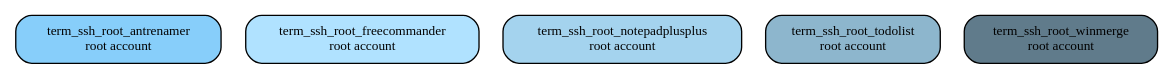
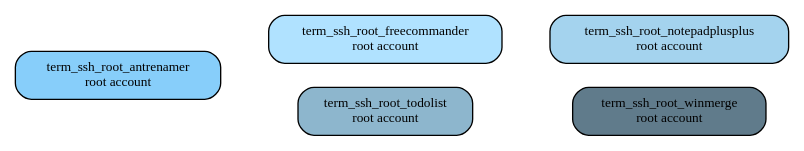
One commit to marchandd/docker_index changed the diagram in graph4.dot. Above: the diagram before and after it, drawn with Graphviz. The commit also changed 8 other files, not shown here.

```diff
--- a/graph4.dot
+++ b/graph4.dot
@@ -1,8 +1,12 @@
 digraph docker
 {
+ rankdir=LR;
  "term_ssh_root_antrenamer" [label="term_ssh_root_antrenamer\nroot account",shape=box,fillcolor="lightskyblue",style="filled,rounded", fontsize="10.0"];
  "term_ssh_root_freecommander" [label="term_ssh_root_freecommander\nroot account",shape=box,fillcolor="lightskyblue1",style="filled,rounded", fontsize="10.0"];
  "term_ssh_root_notepadplusplus" [label="term_ssh_root_notepadplusplus\nroot account",shape=box,fillcolor="lightskyblue2",style="filled,rounded", fontsize="10.0"];
  "term_ssh_root_todolist" [label="term_ssh_root_todolist\nroot account",shape=box,fillcolor="lightskyblue3",style="filled,rounded", fontsize="10.0"];
  "term_ssh_root_winmerge" [label="term_ssh_root_winmerge\nroot account",shape=box,fillcolor="lightskyblue4",style="filled,rounded", fontsize="10.0"];
+ "term_ssh_root_antrenamer" -> "term_ssh_root_todolist" [style="invis"];
+ "term_ssh_root_antrenamer" -> "term_ssh_root_freecommander" -> "term_ssh_root_notepadplusplus" [style="invis"];
+ "term_ssh_root_todolist" -> "term_ssh_root_winmerge" [style="invis"];
 }
```
